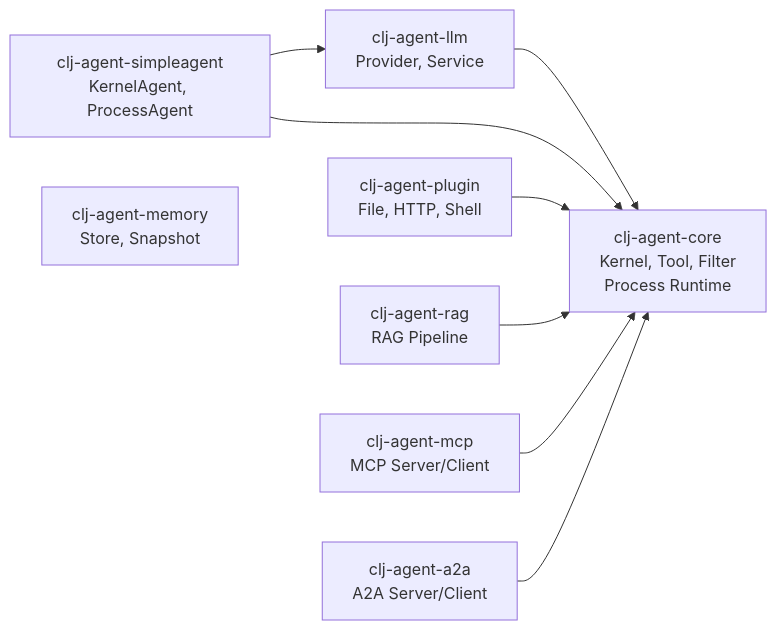
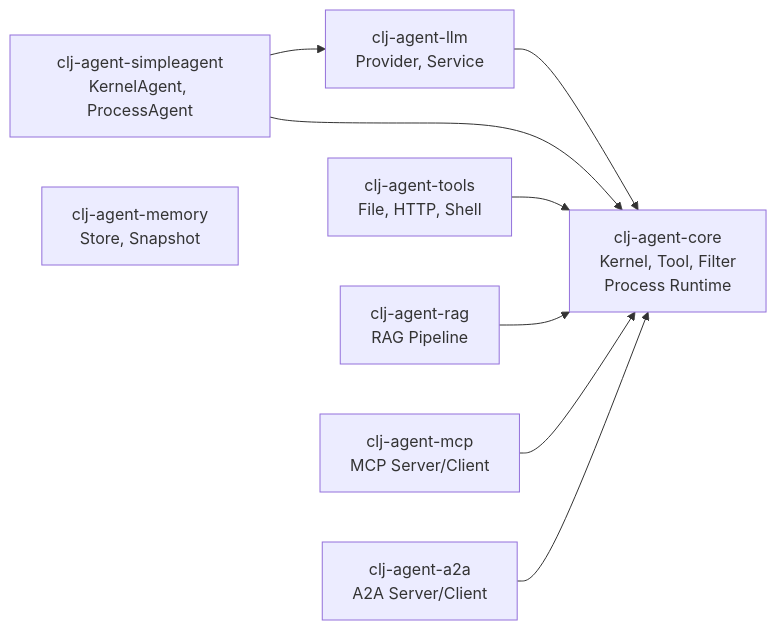
The second of 2 diagrams in README.md (TTalkPro/clj-agent), drawn with Mermaid before and after one commit. The commit also changed other lines of this file and 27 other files, not shown here.

````diff
--- a/README.md
+++ b/README.md
@@ -118,19 +118,19 @@
 ```mermaid
 graph LR
     core[clj-agent-core<br/>Kernel, Tool, Filter<br/>Process Runtime]
     llm[clj-agent-llm<br/>Provider, Service]
     sa[clj-agent-simpleagent<br/>KernelAgent, ProcessAgent]
-    plugin[clj-agent-plugin<br/>File, HTTP, Shell]
+    plugin[clj-agent-tools<br/>File, HTTP, Shell]
     rag[clj-agent-rag<br/>RAG Pipeline]
     memory[clj-agent-memory<br/>Store, Snapshot]
     mcp[clj-agent-mcp<br/>MCP Server/Client]
     a2a[clj-agent-a2a<br/>A2A Server/Client]
 
     llm --> core
     sa --> core
     sa --> llm
     plugin --> core
     rag --> core
     mcp --> core
     a2a --> core
 ```
````
